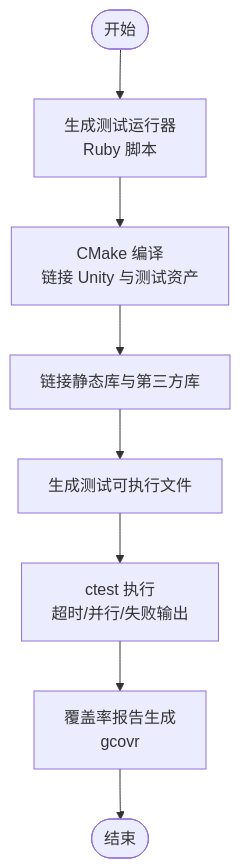
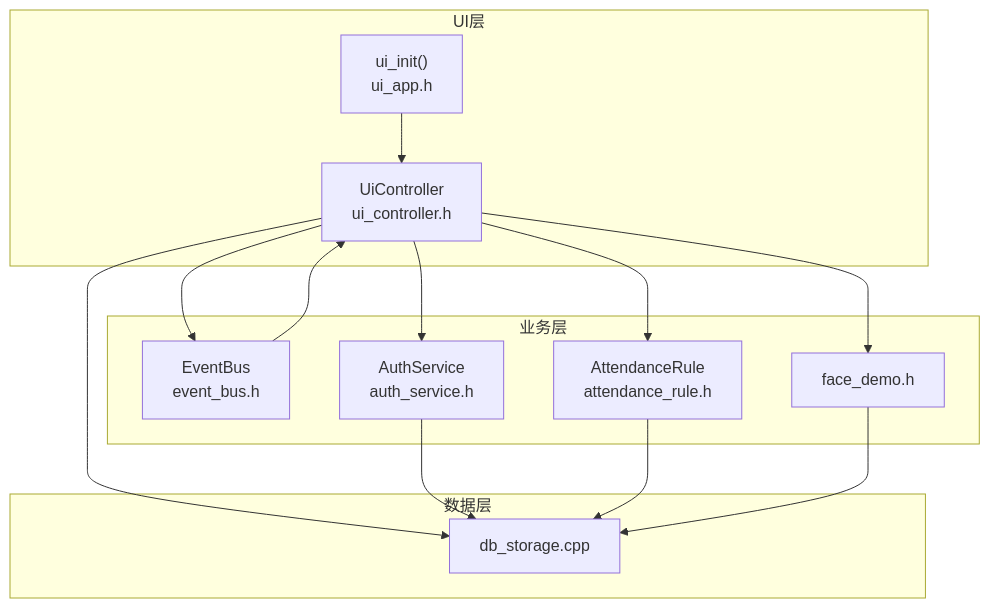
One commit to Drunk552/SmartAttendance changed the second of 3 diagrams in .qoder/repowiki/zh/content/开发指南/测试策略与实施.md. Above: the diagram before and after it, drawn with Mermaid. The commit also changed other lines of this file and 119 other files, not shown here.

````diff
--- a/.qoder/repowiki/zh/content/开发指南/测试策略与实施.md
+++ b/.qoder/repowiki/zh/content/开发指南/测试策略与实施.md
@@ -124,10 +85,26 @@
 ```mermaid
-flowchart TD
-Start(["开始"]) --> GenRunner["生成测试运行器<br/>Ruby 脚本"]
-GenRunner --> Build["CMake 编译<br/>链接 Unity 与测试资产"]
-Build --> Link["链接静态库与第三方库"]
-Link --> Exec["生成测试可执行文件"]
-Exec --> Run["ctest 执行<br/>超时/并行/失败输出"]
-Run --> Report["覆盖率报告生成<br/>gcovr"]
-Report --> End(["结束"])
+graph TB
+subgraph "UI层"
+UI_Init["ui_init()<br/>ui_app.h"]
+UI_Controller["UiController<br/>ui_controller.h"]
+end
+subgraph "业务层"
+EventBus["EventBus<br/>event_bus.h"]
+Auth["AuthService<br/>auth_service.h"]
+Rule["AttendanceRule<br/>attendance_rule.h"]
+Face["face_demo.h"]
+end
+subgraph "数据层"
+DB["db_storage.cpp"]
+end
+UI_Init --> UI_Controller
+UI_Controller --> EventBus
+UI_Controller --> Auth
+UI_Controller --> Rule
+UI_Controller --> Face
+UI_Controller --> DB
+EventBus --> UI_Controller
+Auth --> DB
+Rule --> DB
+Face --> DB
 ```
````
